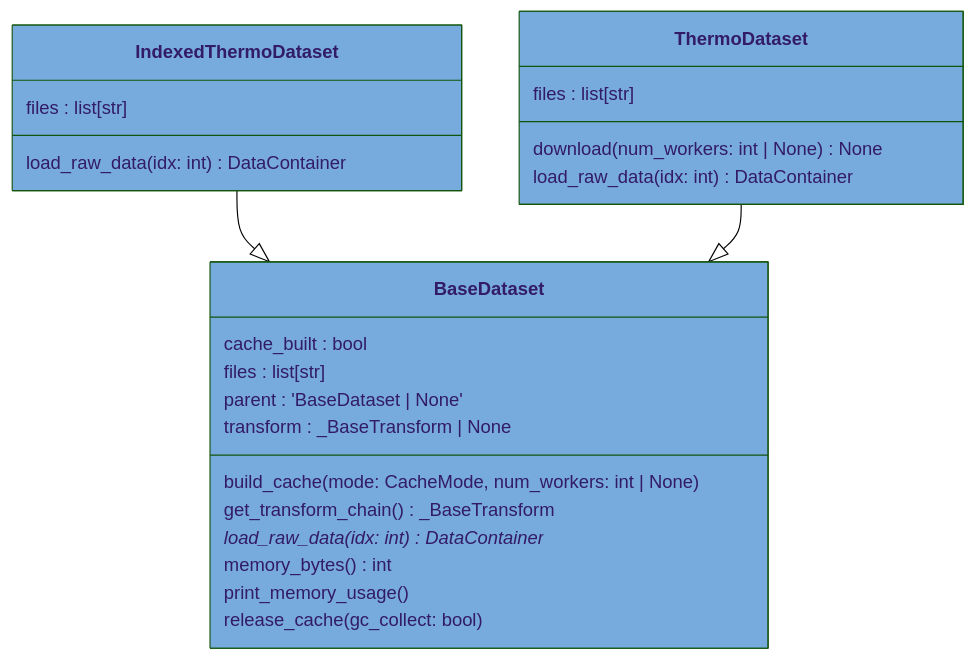
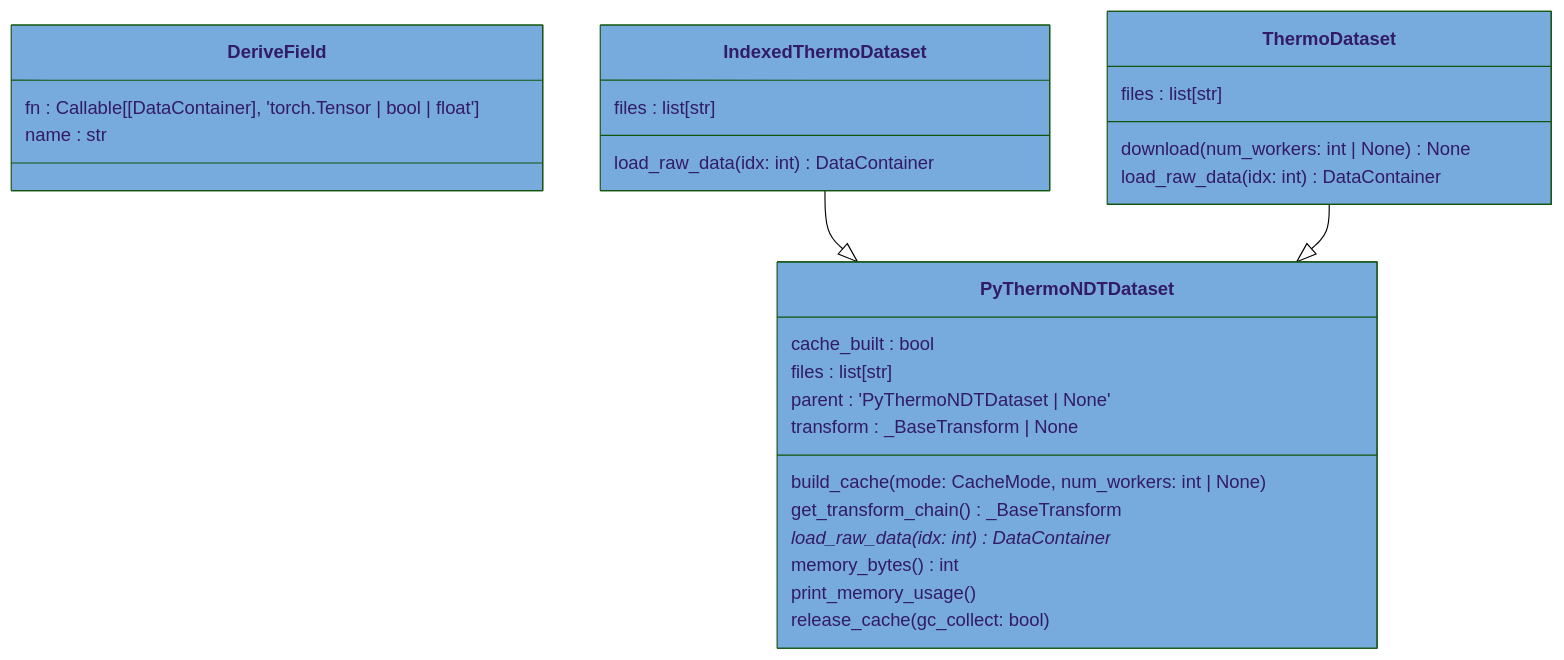
One commit to voidsy-gmbh/pyThermoNDT changed the diagram in docs/pyreverse/mermaid/classes_pythermondt.dataset.mmd. Above: the diagram before and after it, drawn with Mermaid (forest theme). The commit also changed 18 other files, not shown here.

```diff
--- a/docs/pyreverse/mermaid/classes_pythermondt.dataset.mmd
+++ b/docs/pyreverse/mermaid/classes_pythermondt.dataset.mmd
@@ -1,27 +1,32 @@
 classDiagram
-  class BaseDataset {
+  class DeriveField {
+    fn : Callable[[DataContainer], 'torch.Tensor | bool | float']
+    name : str
+  }
+  style DeriveField fill:#77AADD
+  class IndexedThermoDataset {
+    files : list[str]
+    load_raw_data(idx: int) DataContainer
+  }
+  style IndexedThermoDataset fill:#77AADD
+  class PyThermoNDTDataset {
     cache_built : bool
     files : list[str]
-    parent : 'BaseDataset | None'
+    parent : 'PyThermoNDTDataset | None'
     transform : _BaseTransform | None
     build_cache(mode: CacheMode, num_workers: int | None)
     get_transform_chain() _BaseTransform
     load_raw_data(idx: int)* DataContainer
     memory_bytes() int
     print_memory_usage()
     release_cache(gc_collect: bool)
   }
-  style BaseDataset fill:#77AADD
-  class IndexedThermoDataset {
-    files : list[str]
-    load_raw_data(idx: int) DataContainer
-  }
-  style IndexedThermoDataset fill:#77AADD
+  style PyThermoNDTDataset fill:#77AADD
   class ThermoDataset {
     files : list[str]
     download(num_workers: int | None) None
     load_raw_data(idx: int) DataContainer
   }
   style ThermoDataset fill:#77AADD
-  IndexedThermoDataset --|> BaseDataset
-  ThermoDataset --|> BaseDataset
+  IndexedThermoDataset --|> PyThermoNDTDataset
+  ThermoDataset --|> PyThermoNDTDataset
```
